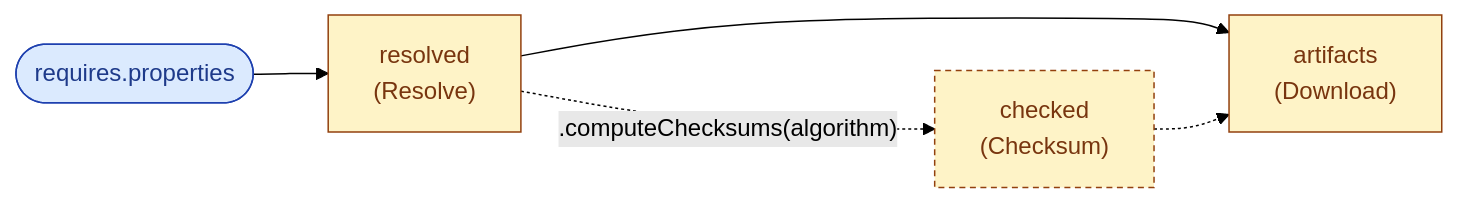
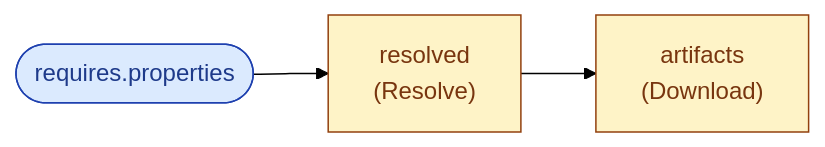
The third of 6 diagrams in README.md (raphw/jenesis), drawn with Mermaid (forest theme) before and after one commit. The commit also changed other lines of this file and 22 other files, not shown here.

````diff
--- a/README.md
+++ b/README.md
@@ -510,14 +504,10 @@
 ```mermaid
 flowchart LR
   classDef input fill:#dbeafe,stroke:#1e40af,color:#1e3a8a;
   classDef step fill:#fef3c7,stroke:#92400e,color:#78350f;
-  classDef optional fill:#fef3c7,stroke:#92400e,color:#78350f,stroke-dasharray:4 3;
   deps(["requires.properties"]):::input
   resolved["resolved<br/>(Resolve)"]:::step
-  checked["checked<br/>(Checksum)"]:::optional
   artifacts["artifacts<br/>(Download)"]:::step
   deps --> resolved
-  resolved -.->|".computeChecksums(algorithm)"| checked
   resolved --> artifacts
-  checked -.-> artifacts
 ```
````
